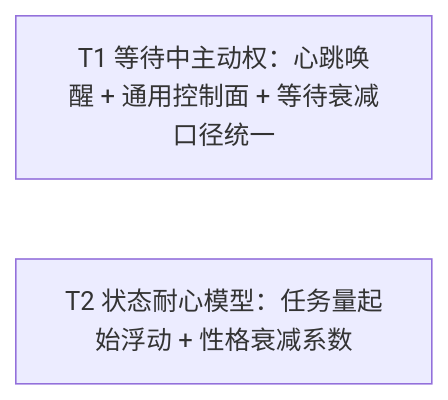
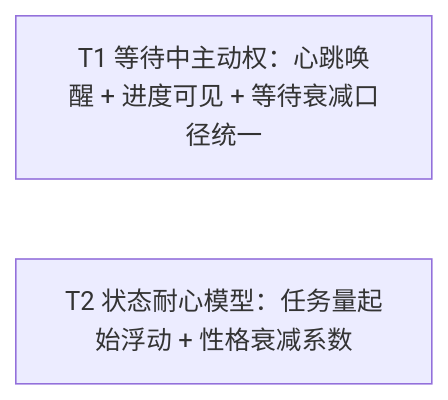
Before and after one commit to Curry09/AHE-Beta: diagram 24 of 45 in docs/specs/OVERVIEW.md, drawn with Mermaid. The commit also changed other lines of this file and 20 other files, not shown here.

````diff
--- a/docs/specs/OVERVIEW.md
+++ b/docs/specs/OVERVIEW.md
@@ -709,5 +729,5 @@
 ```mermaid
 graph LR
-    nT1["T1 等待中主动权：心跳唤醒 + 通用控制面 + 等待衰减口径统一"]
+    nT1["T1 等待中主动权：心跳唤醒 + 进度可见 + 等待衰减口径统一"]
     nT2["T2 状态耐心模型：任务量起始浮动 + 性格衰减系数"]
 ```
````
